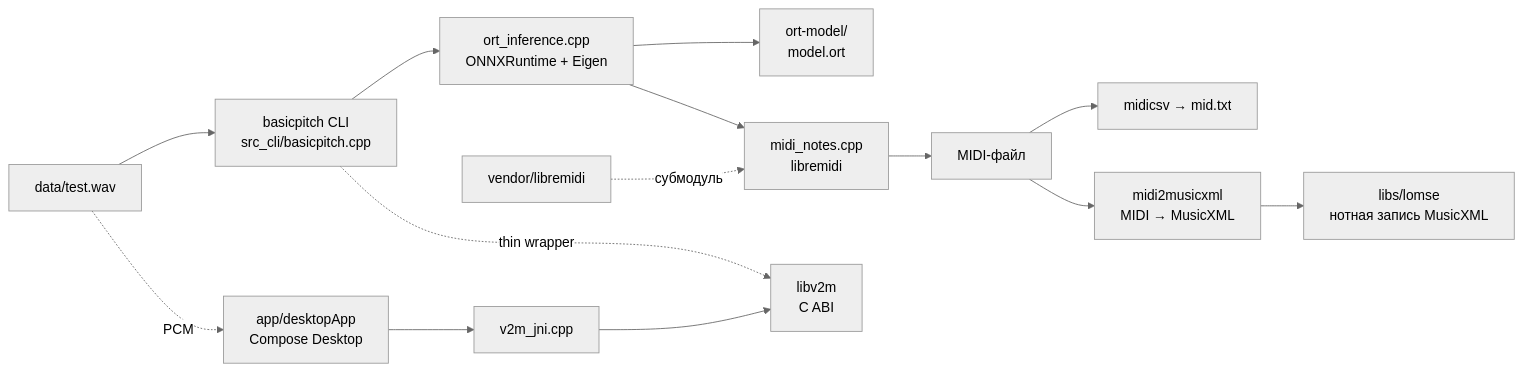
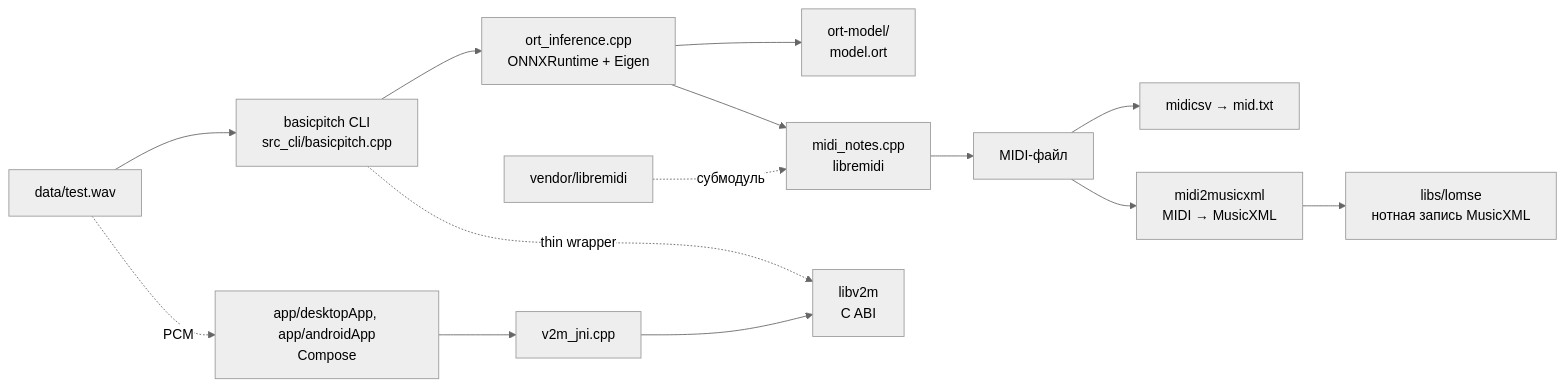
Before and after one commit to Aleksandr-Nebobzod/v2m: the diagram in INDEX.md, drawn with Mermaid (neutral theme). The commit also changed other lines of this file and 154 other files, not shown here.

````diff
--- a/INDEX.md
+++ b/INDEX.md
@@ -60,15 +69,15 @@
 ```mermaid
 flowchart LR
     WAV[data/test.wav] --> CLI[basicpitch CLI<br/>src_cli/basicpitch.cpp]
     CLI --> ORT[ort_inference.cpp<br/>ONNXRuntime + Eigen]
     ORT --> MODEL[ort-model/<br/>model.ort]
     ORT --> NOTES[midi_notes.cpp<br/>libremidi]
     NOTES --> MIDI[MIDI-файл]
     MIDI --> CSV[midicsv → mid.txt]
     LIBREMIDI[vendor/libremidi] -. субмодуль .-> NOTES
     MIDI --> M2X[midi2musicxml<br/>MIDI → MusicXML]
     M2X --> LOMSE[libs/lomse<br/>нотная запись MusicXML]
     CLI -. thin wrapper .-> V2M[libv2m<br/>C ABI]
-    APP[app/desktopApp<br/>Compose Desktop] --> JNI[v2m_jni.cpp] --> V2M
+    APP["app/desktopApp, app/androidApp<br/>Compose"] --> JNI[v2m_jni.cpp] --> V2M
     WAV -. PCM .-> APP
 ```
````
